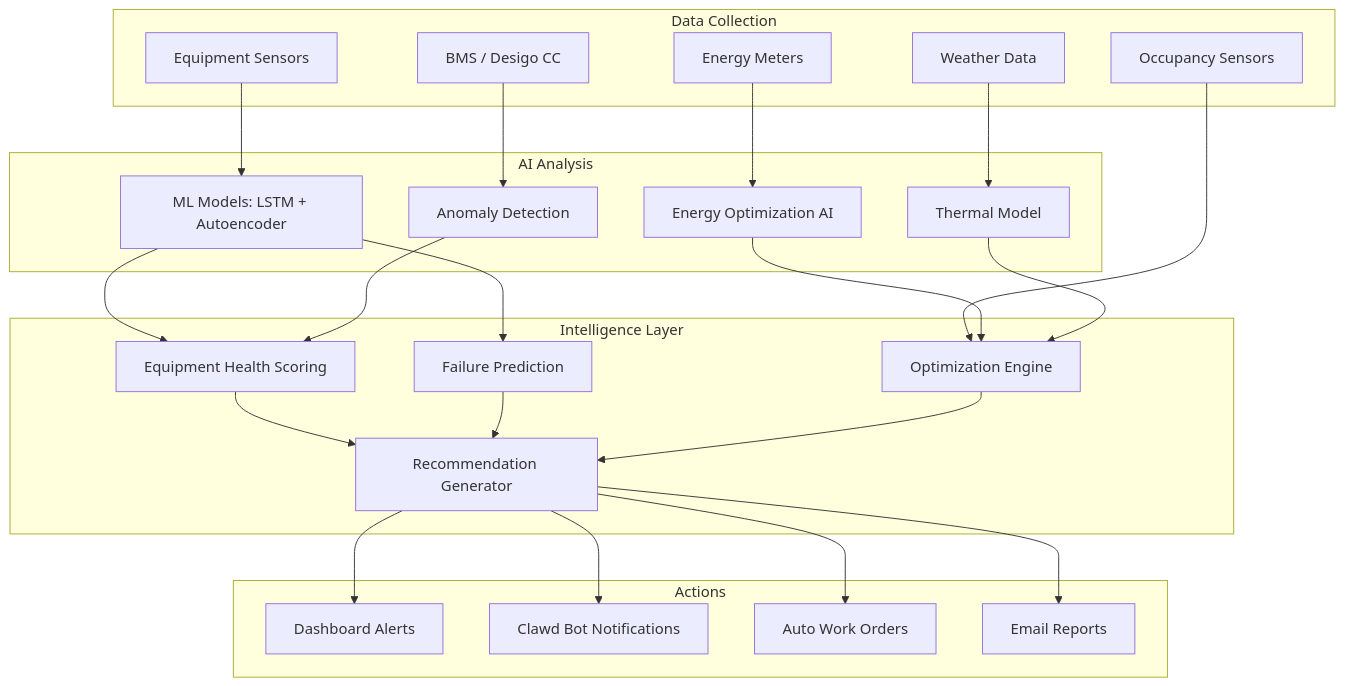
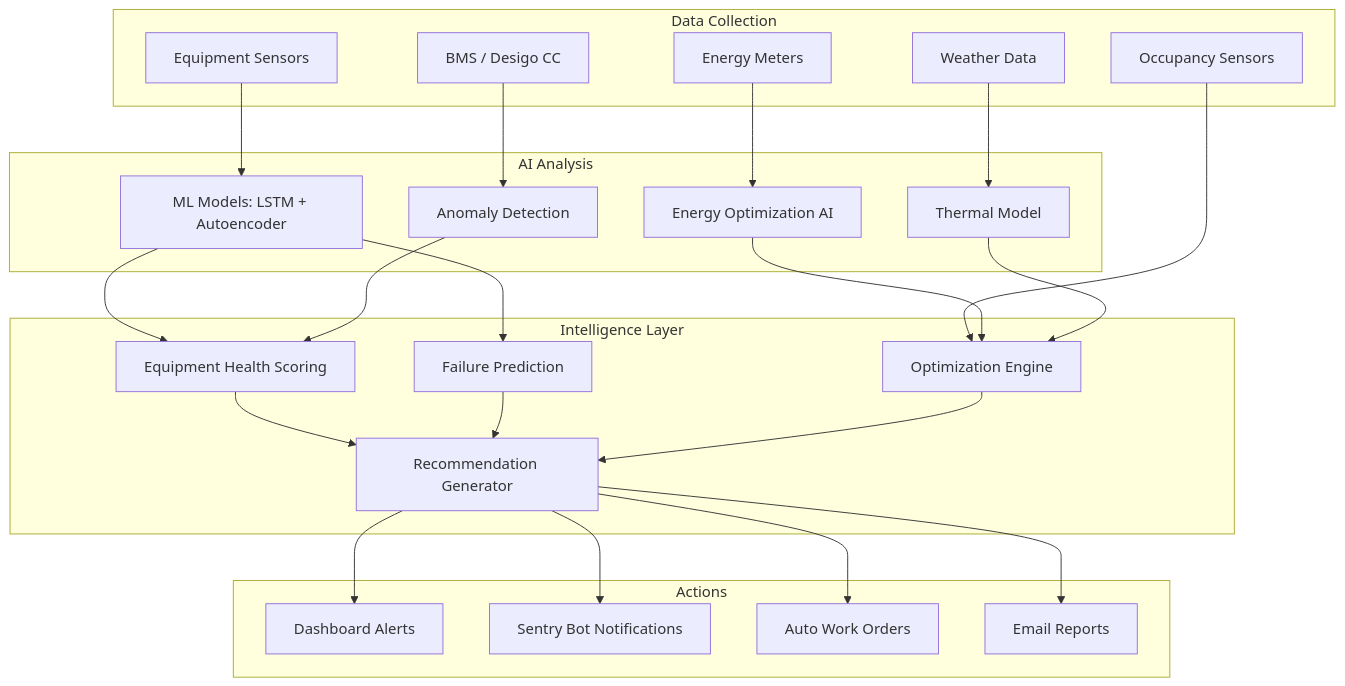
Before and after one commit to Bederf/sentinel-ai: the diagram in docs/04-features/ai-operations-monitoring.md, drawn with Mermaid. The commit also changed other lines of this file and 336 other files, not shown here.

First line of the commit message:
chore: commit accumulated changes — Clawd→Sentry rename, planning docs, config updates, lint fixes

````diff
--- a/docs/04-features/ai-operations-monitoring.md
+++ b/docs/04-features/ai-operations-monitoring.md
@@ -36,52 +36,52 @@
 ```mermaid
 graph TB
     subgraph Data Collection
         Sensors[Equipment Sensors]
         Energy[Energy Meters]
         Weather[Weather Data]
         Occupancy[Occupancy Sensors]
         BMS[BMS / Desigo CC]
     end
 
     subgraph AI Analysis
         ML[ML Models: LSTM + Autoencoder]
         Thermal[Thermal Model]
         EnergyAI[Energy Optimization AI]
         Anomaly[Anomaly Detection]
     end
 
     subgraph Intelligence Layer
         Health[Equipment Health Scoring]
         Forecast[Failure Prediction]
         Optimize[Optimization Engine]
         Recommend[Recommendation Generator]
     end
 
     subgraph Actions
         Dashboard[Dashboard Alerts]
-        Clawd[Clawd Bot Notifications]
+        Sentry[Sentry Bot Notifications]
         WorkOrders[Auto Work Orders]
         Email[Email Reports]
     end
 
     Sensors --> ML
     Energy --> EnergyAI
     Weather --> Thermal
     Occupancy --> Optimize
     BMS --> Anomaly
 
     ML --> Health
     ML --> Forecast
     EnergyAI --> Optimize
     Thermal --> Optimize
     Anomaly --> Health
 
     Health --> Recommend
     Forecast --> Recommend
     Optimize --> Recommend
 
     Recommend --> Dashboard
-    Recommend --> Clawd
+    Recommend --> Sentry
     Recommend --> WorkOrders
     Recommend --> Email
 ```
````
